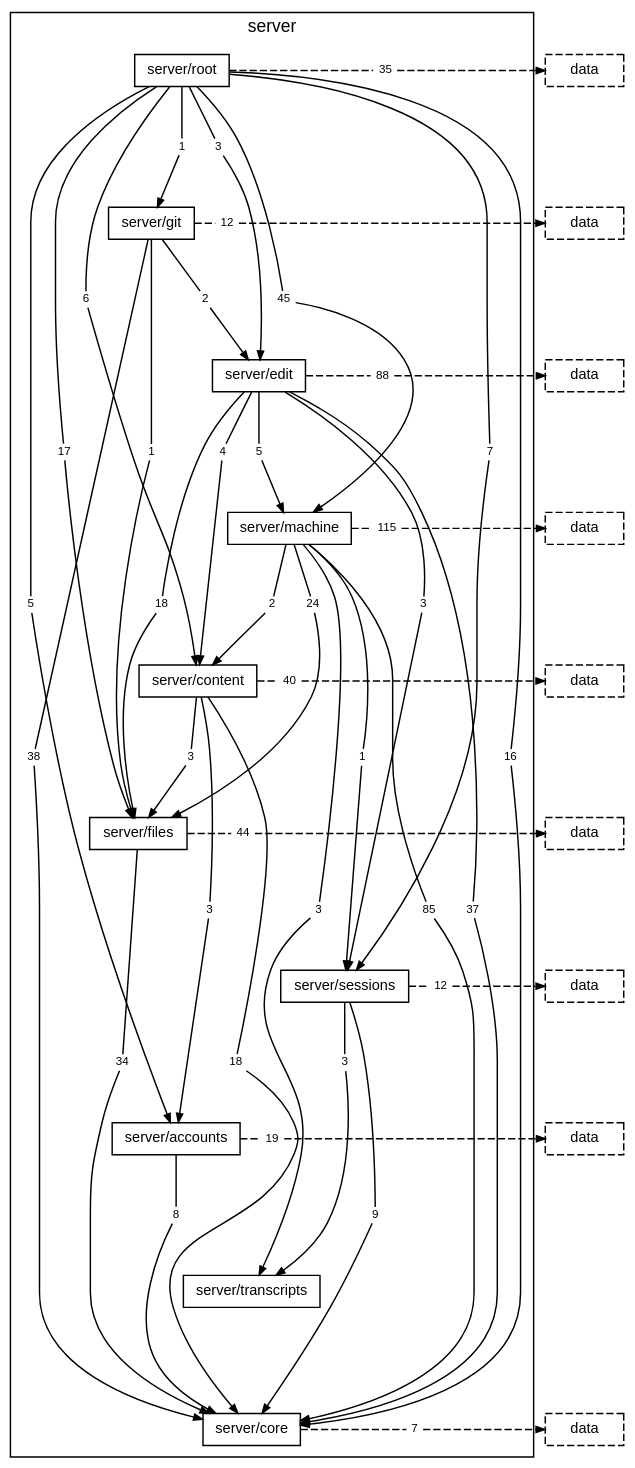
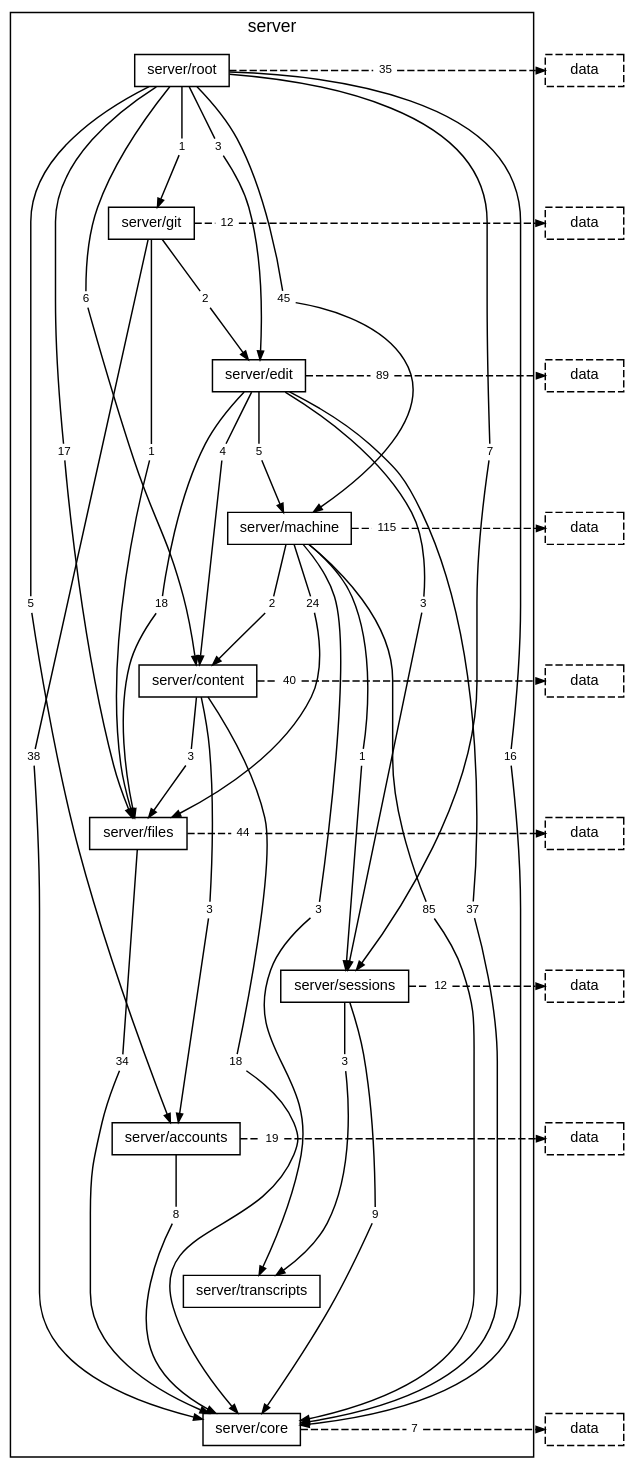
Before and after one commit to TheAxeC/oculus: the diagram in docs/diagrams/layer-server.dot, drawn with Graphviz. The commit also changed 35 other files, not shown here.

```diff
--- a/docs/diagrams/layer-server.dot
+++ b/docs/diagrams/layer-server.dot
@@ -32,7 +32,7 @@
         "folder server/edit to folder server/files" [label="18", shape=box, color="transparent", fontsize=8, width=0, height=0, margin="0.04,0.02"];
         "folder server/edit to folder server/machine" [label="5", shape=box, color="transparent", fontsize=8, width=0, height=0, margin="0.04,0.02"];
         "folder server/edit to folder server/sessions" [label="3", shape=box, color="transparent", fontsize=8, width=0, height=0, margin="0.04,0.02"];
-        "folder server/edit to layer data" [label="88", shape=box, color="transparent", fontsize=8, width=0, height=0, margin="0.04,0.02"];
+        "folder server/edit to layer data" [label="89", shape=box, color="transparent", fontsize=8, width=0, height=0, margin="0.04,0.02"];
         "folder server/machine to folder server/content" [label="2", shape=box, color="transparent", fontsize=8, width=0, height=0, margin="0.04,0.02"];
         "folder server/machine to folder server/core" [label="85", shape=box, color="transparent", fontsize=8, width=0, height=0, margin="0.04,0.02"];
         "folder server/machine to folder server/files" [label="24", shape=box, color="transparent", fontsize=8, width=0, height=0, margin="0.04,0.02"];
```
